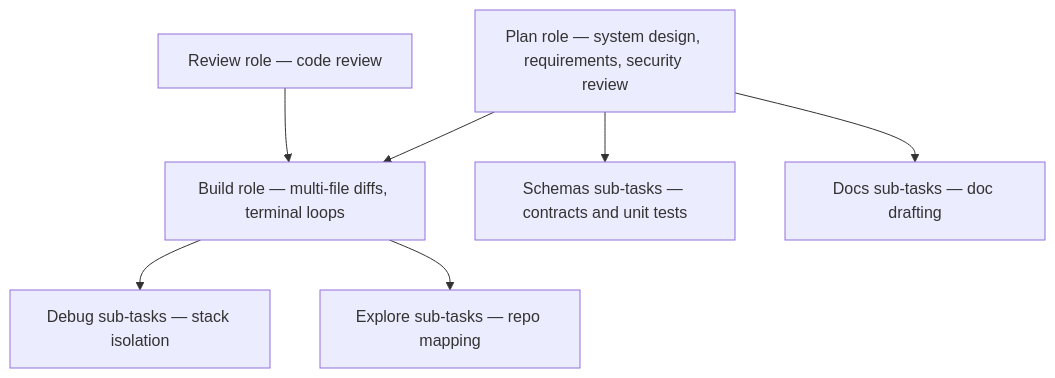
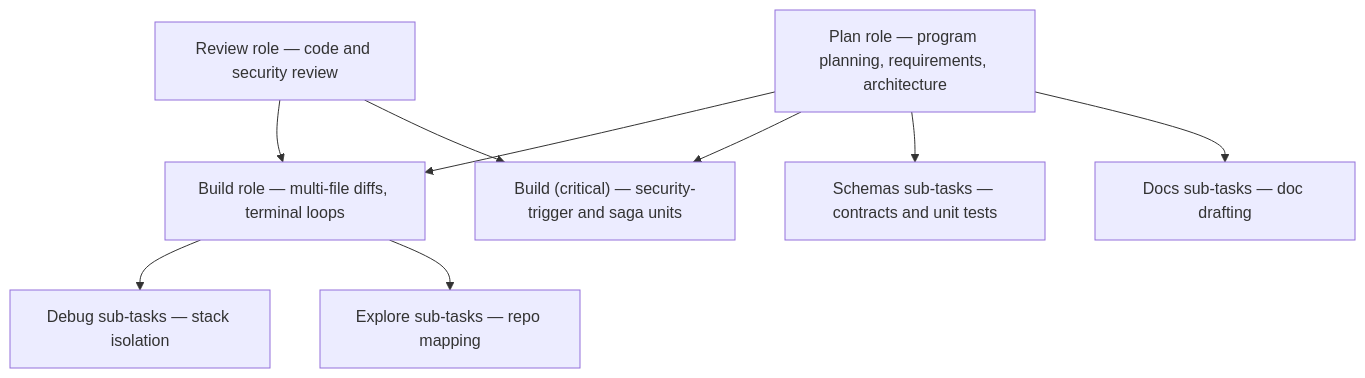
Before and after one commit to mdurana/agents-v0-kit: the diagram in templates/docs/model-routing-matrix.md, drawn with Mermaid. The commit also changed other lines of this file and 62 other files, not shown here.

````diff
--- a/templates/docs/model-routing-matrix.md
+++ b/templates/docs/model-routing-matrix.md
@@ -19,16 +20,19 @@
 ```mermaid
 flowchart TD
-    plan["Plan role — system design, requirements, security review"]
+    plan["Plan role — program planning, requirements, architecture"]
     build["Build role — multi-file diffs, terminal loops"]
-    review["Review role — code review"]
+    critical["Build (critical) — security-trigger and saga units"]
+    review["Review role — code and security review"]
     schemas["Schemas sub-tasks — contracts and unit tests"]
     explore["Explore sub-tasks — repo mapping"]
     debug["Debug sub-tasks — stack isolation"]
     docs["Docs sub-tasks — doc drafting"]
     plan --> build
+    plan --> critical
     plan --> schemas
     plan --> docs
     build --> debug
     build --> explore
     review --> build
+    review --> critical
 ```
````
